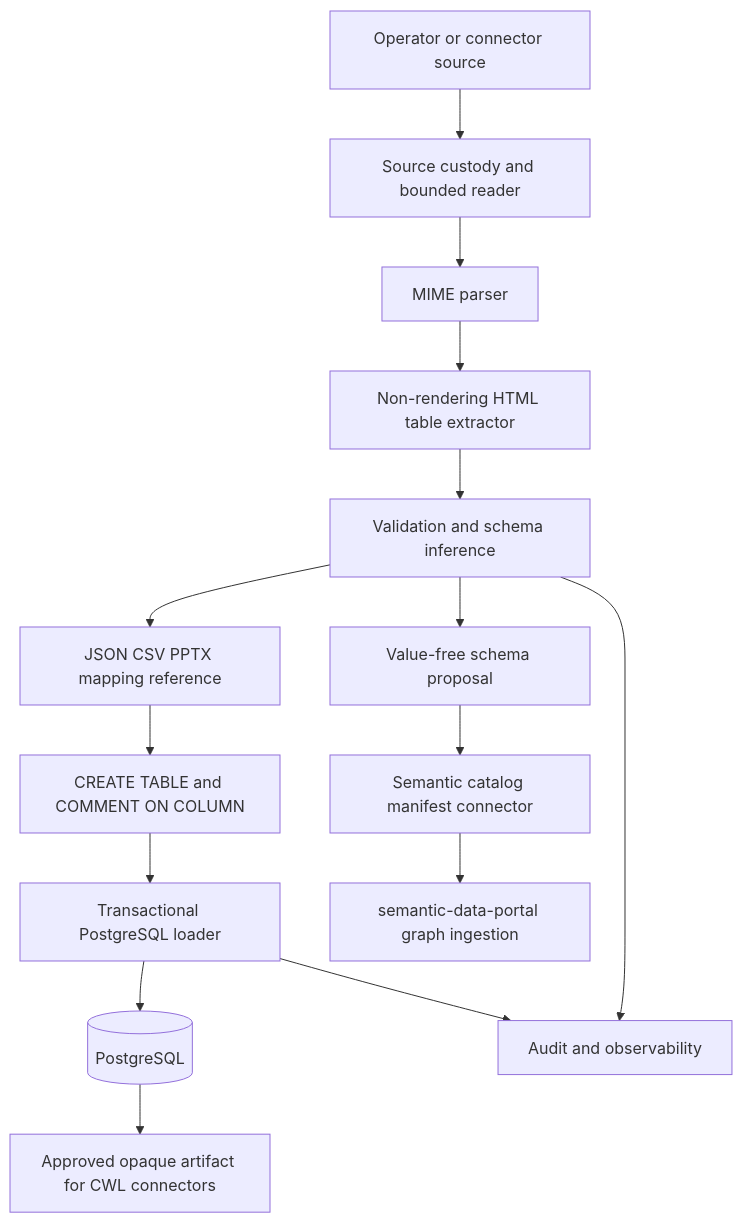
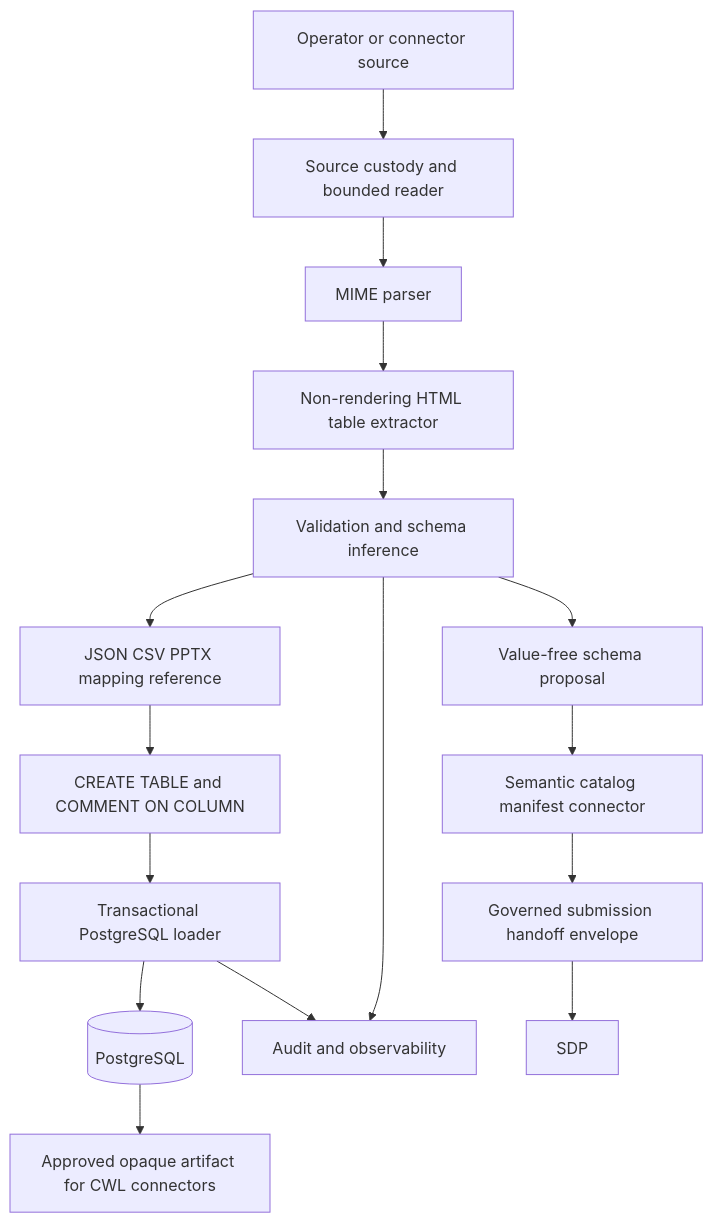
Before and after one commit to ContextualWisdomLab/mhtml-etl-gateway: the first of 3 diagrams in docs/ARCHITECTURE.md, drawn with Mermaid. The commit also changed other lines of this file and 25 other files, not shown here.

First line of the commit message:
feat: add governed semantic catalog handoff (#15)

````diff
--- a/docs/ARCHITECTURE.md
+++ b/docs/ARCHITECTURE.md
@@ -9,17 +9,18 @@
 ```mermaid
 flowchart TB
     A["Operator or connector source"] --> C["Source custody and bounded reader"]
     C --> M["MIME parser"]
     M --> H["Non-rendering HTML table extractor"]
     H --> V["Validation and schema inference"]
     V --> R["JSON CSV PPTX mapping reference"]
     R --> D["CREATE TABLE and COMMENT ON COLUMN"]
     V --> SP["Value-free schema proposal"]
     SP --> SC["Semantic catalog manifest connector"]
+    SC --> SH["Governed submission handoff envelope"]
     D --> L["Transactional PostgreSQL loader"]
     L --> P[("PostgreSQL")]
     V --> O["Audit and observability"]
     L --> O
-    SC --> SDP["semantic-data-portal graph ingestion"]
+    SH --> SDP
     P --> N["Approved opaque artifact for CWL connectors"]
 ```
````
